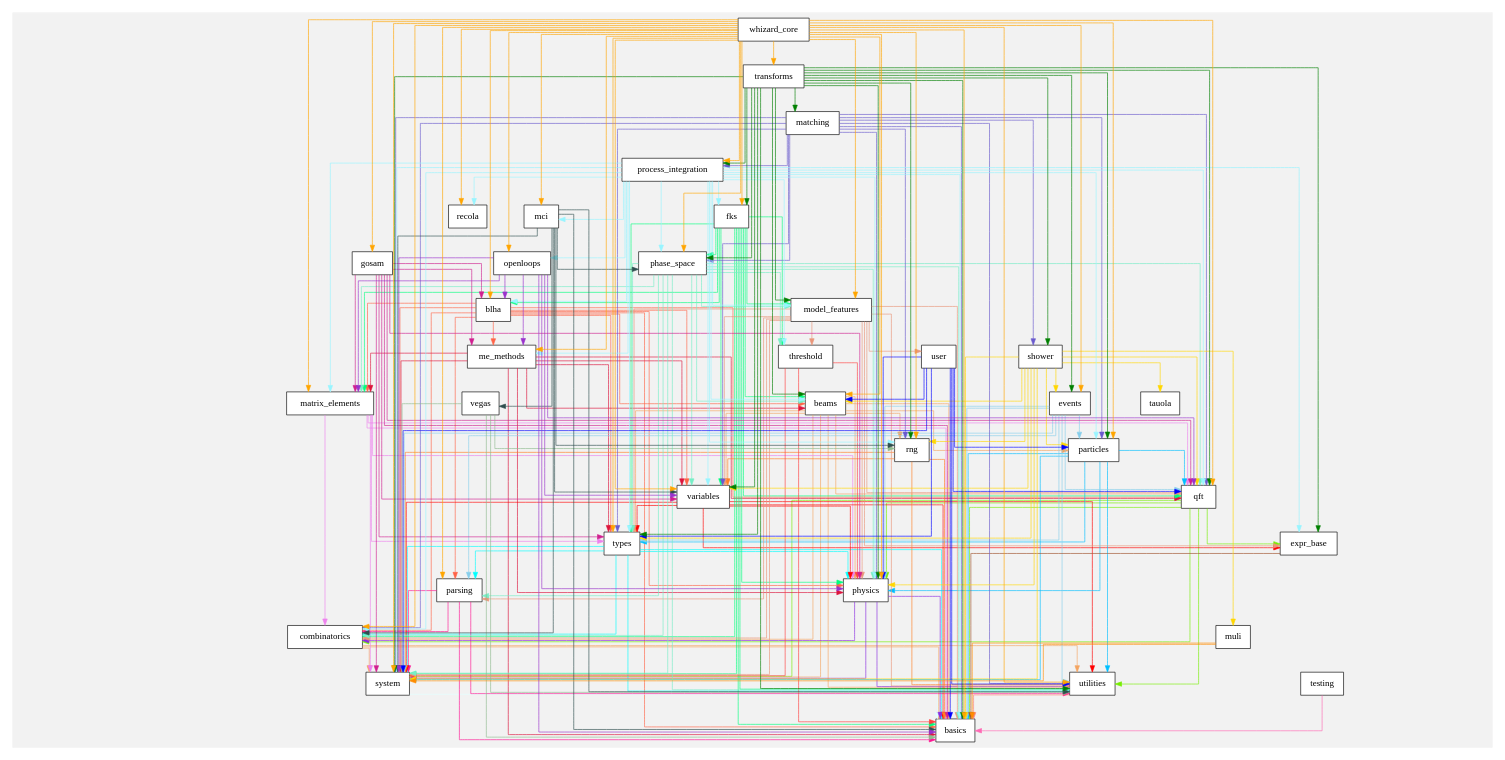
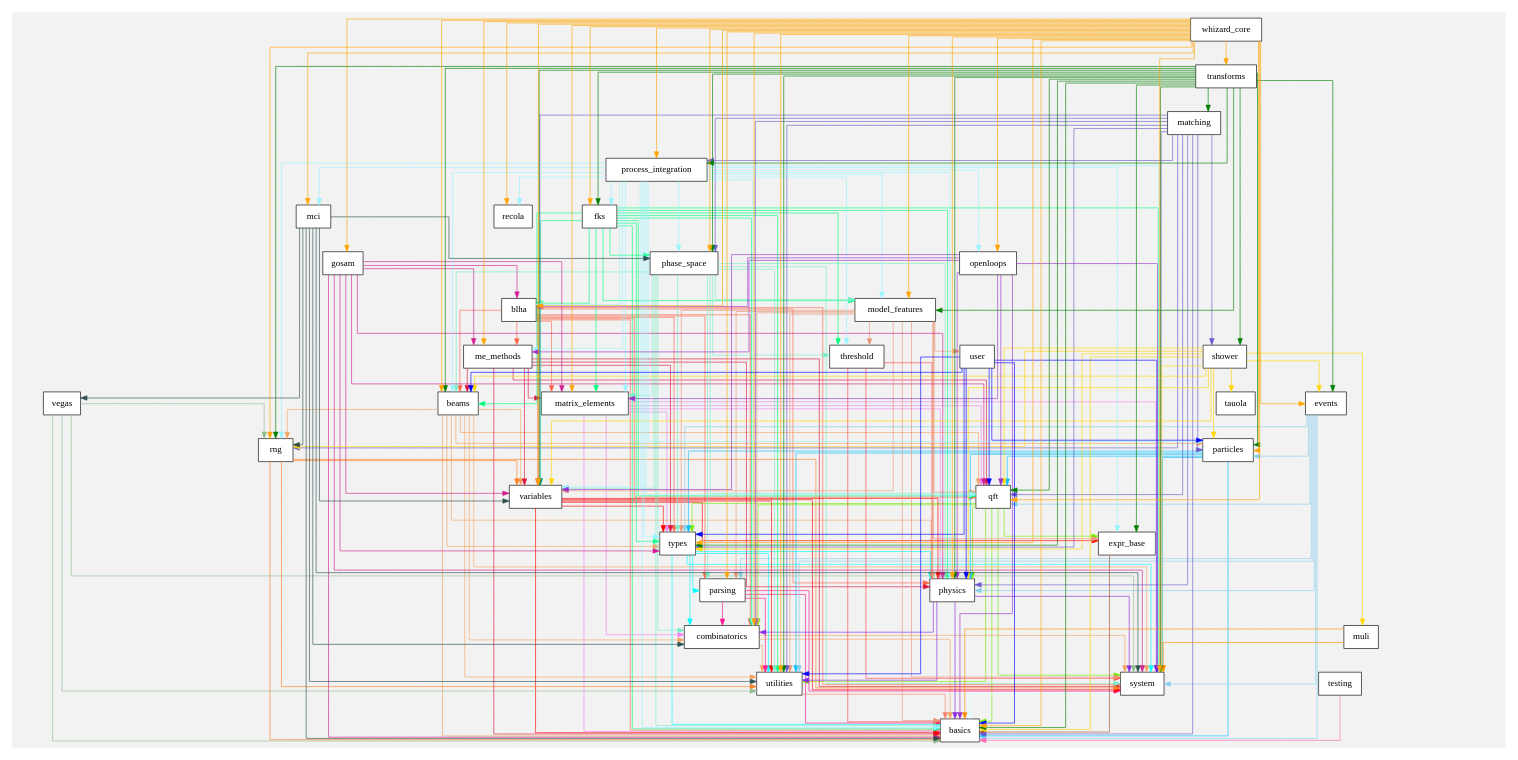
Before and after one commit to bendavid/whizard: the diagram in share/doc/overview.dot, drawn with Graphviz. The commit also changed 972 other files, not shown here.

```diff
--- a/share/doc/overview.dot
+++ b/share/doc/overview.dot
@@ -274,6 +274,7 @@
  color=gray95 
 edge[color=chartreuse2]
 qft -> system
+qft -> types
 qft -> basics
 qft -> physics
 qft -> expr_base
```
